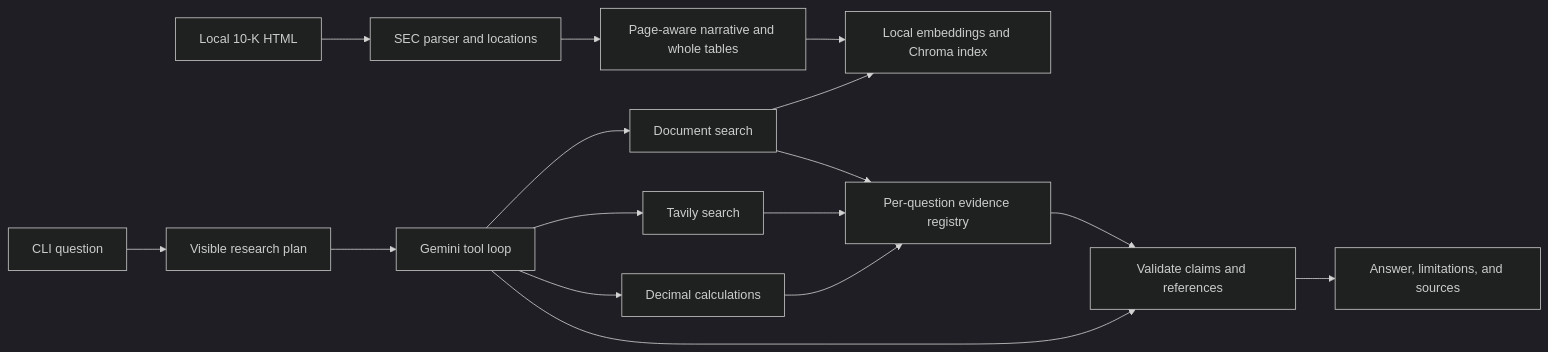
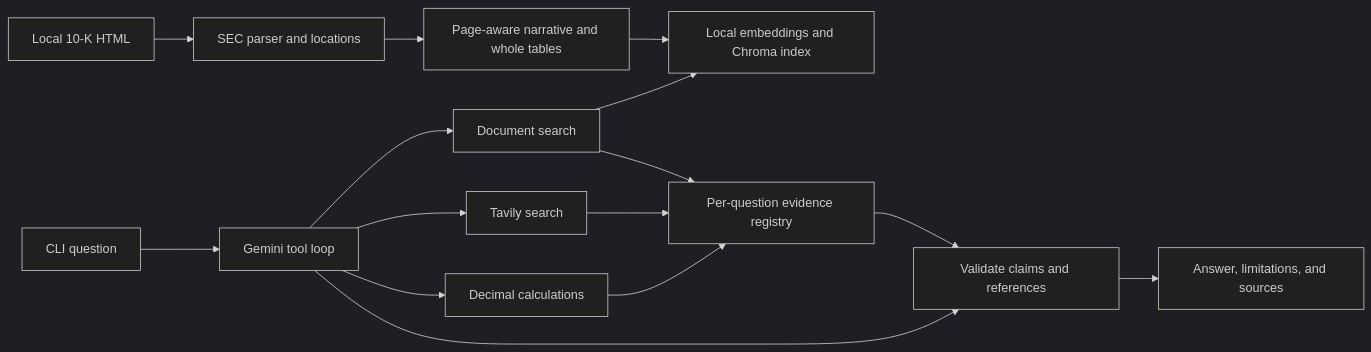
One commit to niracohenkovalsky-lab/AI-Agent changed the diagram in ARCHITECTURE.md. Above: the diagram before and after it, drawn with Mermaid (dark theme). The commit also changed other lines of this file and 16 other files, not shown here.

````diff
--- a/ARCHITECTURE.md
+++ b/ARCHITECTURE.md
@@ -9,18 +9,17 @@
 ```mermaid
 flowchart LR
     HTML[Local 10-K HTML] --> Parser[SEC parser and locations]
     Parser --> Chunks[Page-aware narrative and whole tables]
     Chunks --> Index[Local embeddings and Chroma index]
-    Question[CLI question] --> Plan[Visible research plan]
-    Plan --> Agent[Gemini tool loop]
+    Question[CLI question] --> Agent[Gemini tool loop]
     Agent --> Documents[Document search]
     Documents --> Index
     Agent --> Web[Tavily search]
     Documents --> Evidence[Per-question evidence registry]
     Web --> Evidence
     Agent --> Calculator[Decimal calculations]
     Calculator --> Evidence
     Agent --> Validate[Validate claims and references]
     Evidence --> Validate
     Validate --> Answer[Answer, limitations, and sources]
 ```
````
